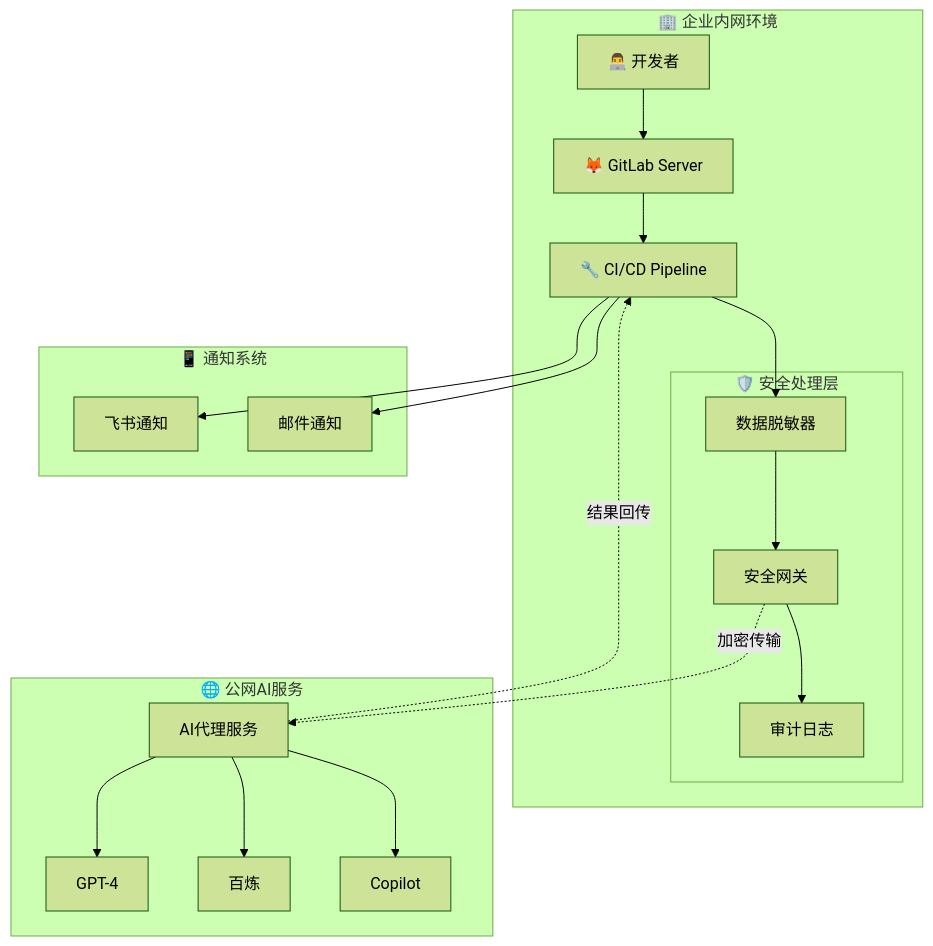
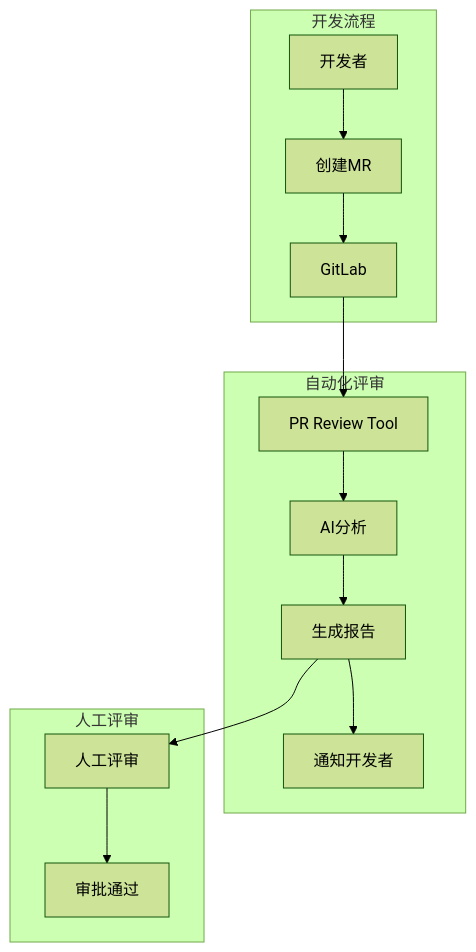
The diagram in docs/COMPREHENSIVE_TECH_SHARING.md (zFDT/pr_auto_review), drawn with Mermaid (forest theme) before and after one commit. The commit also changed other lines of this file and 3 other files, not shown here.

````diff
--- a/docs/COMPREHENSIVE_TECH_SHARING.md
+++ b/docs/COMPREHENSIVE_TECH_SHARING.md
@@ -53,30 +77,19 @@
 ```mermaid
 graph TB
-    subgraph "🏢 企业内网环境"
-        Dev[👨‍💻 开发者] --> GitLab[🦊 GitLab Server]
-        GitLab --> Jenkins[🔧 CI/CD Pipeline]
-        
-        subgraph "🛡️ 安全处理层"
-            DataMask[数据脱敏器]
-            SecGW[安全网关]
-            Audit[审计日志]
-        end
-        
-        Jenkins --> DataMask
-        DataMask --> SecGW
-        SecGW --> Audit
+    subgraph "开发流程"
+        Dev[开发者] --> MR[创建MR]
+        MR --> GitLab[GitLab]
     end
     
-    subgraph "🌐 公网AI服务"
-        SecGW -.->|加密传输| AIProxy[AI代理服务]
-        AIProxy --> GPT4[GPT-4]
-        AIProxy --> Bailian[百炼]
-        AIProxy --> Copilot[Copilot]
+    subgraph "自动化评审"
+        GitLab --> Tool[PR Review Tool]
+        Tool --> AI[AI分析]
+        AI --> Report[生成报告]
+        Report --> Notify[通知开发者]
     end
     
-    subgraph "📱 通知系统"
-        AIProxy -.->|结果回传| Jenkins
-        Jenkins --> Feishu[飞书通知]
-        Jenkins --> Email[邮件通知]
+    subgraph "人工评审"
+        Report --> Human[人工评审]
+        Human --> Approve[审批通过]
     end
 ```
````
